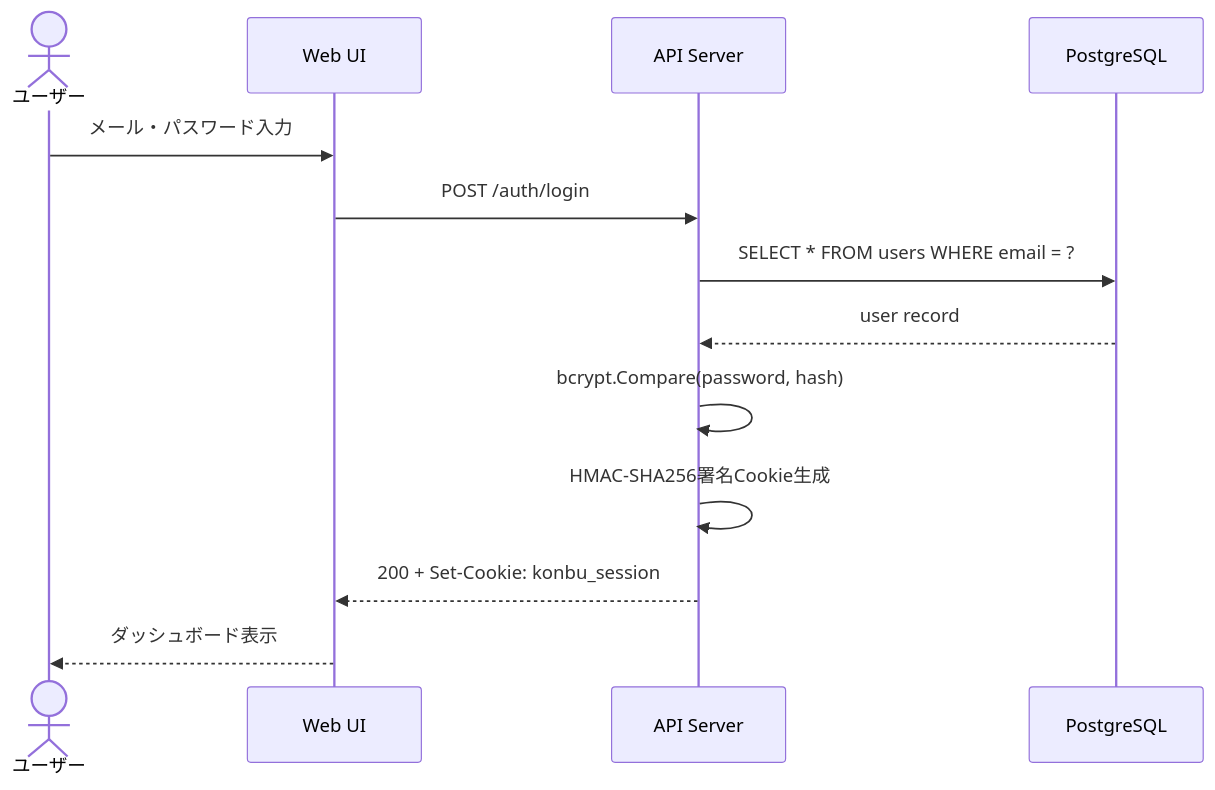
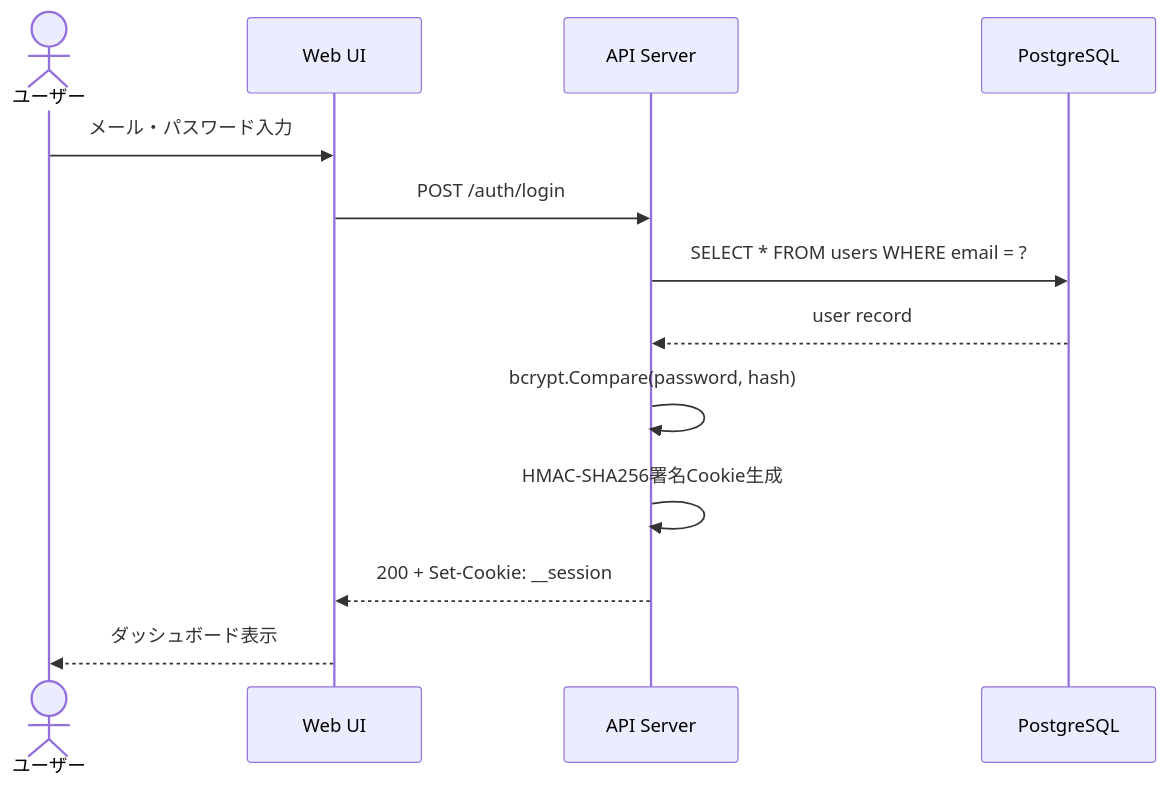
Before and after one commit to krtw00/konbu: the second of 5 diagrams in docs/03-details/flows.md, drawn with Mermaid. The commit also changed other lines of this file and 6 other files, not shown here.

````diff
--- a/docs/03-details/flows.md
+++ b/docs/03-details/flows.md
@@ -71,16 +71,16 @@
 ```mermaid
 sequenceDiagram
     actor User as ユーザー
     participant FE as Web UI
     participant API as API Server
     participant DB as PostgreSQL
 
     User->>FE: メール・パスワード入力
     FE->>API: POST /auth/login
     API->>DB: SELECT * FROM users WHERE email = ?
     DB-->>API: user record
     API->>API: bcrypt.Compare(password, hash)
     API->>API: HMAC-SHA256署名Cookie生成
-    API-->>FE: 200 + Set-Cookie: konbu_session
+    API-->>FE: 200 + Set-Cookie: __session
     FE-->>User: ダッシュボード表示
 ```
````
